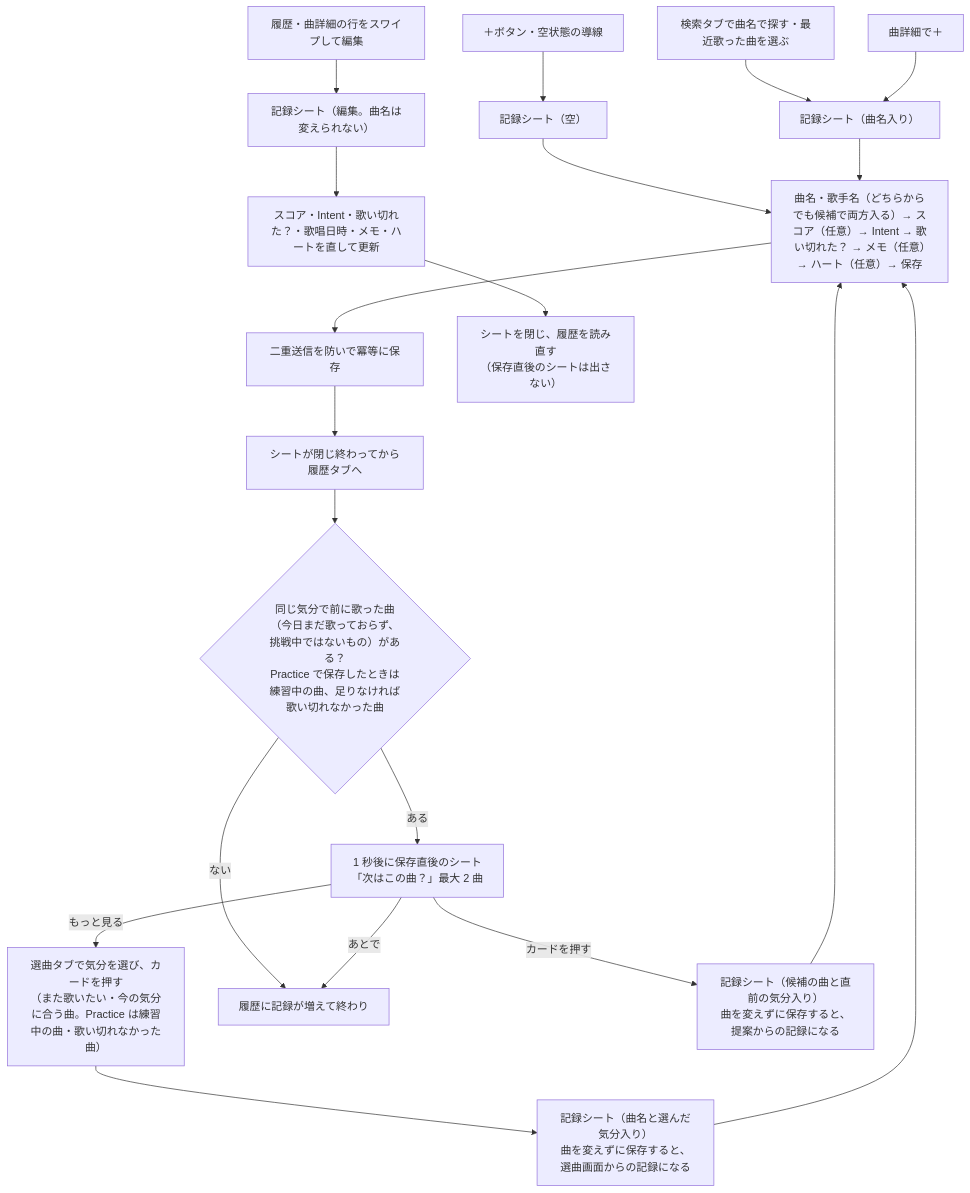
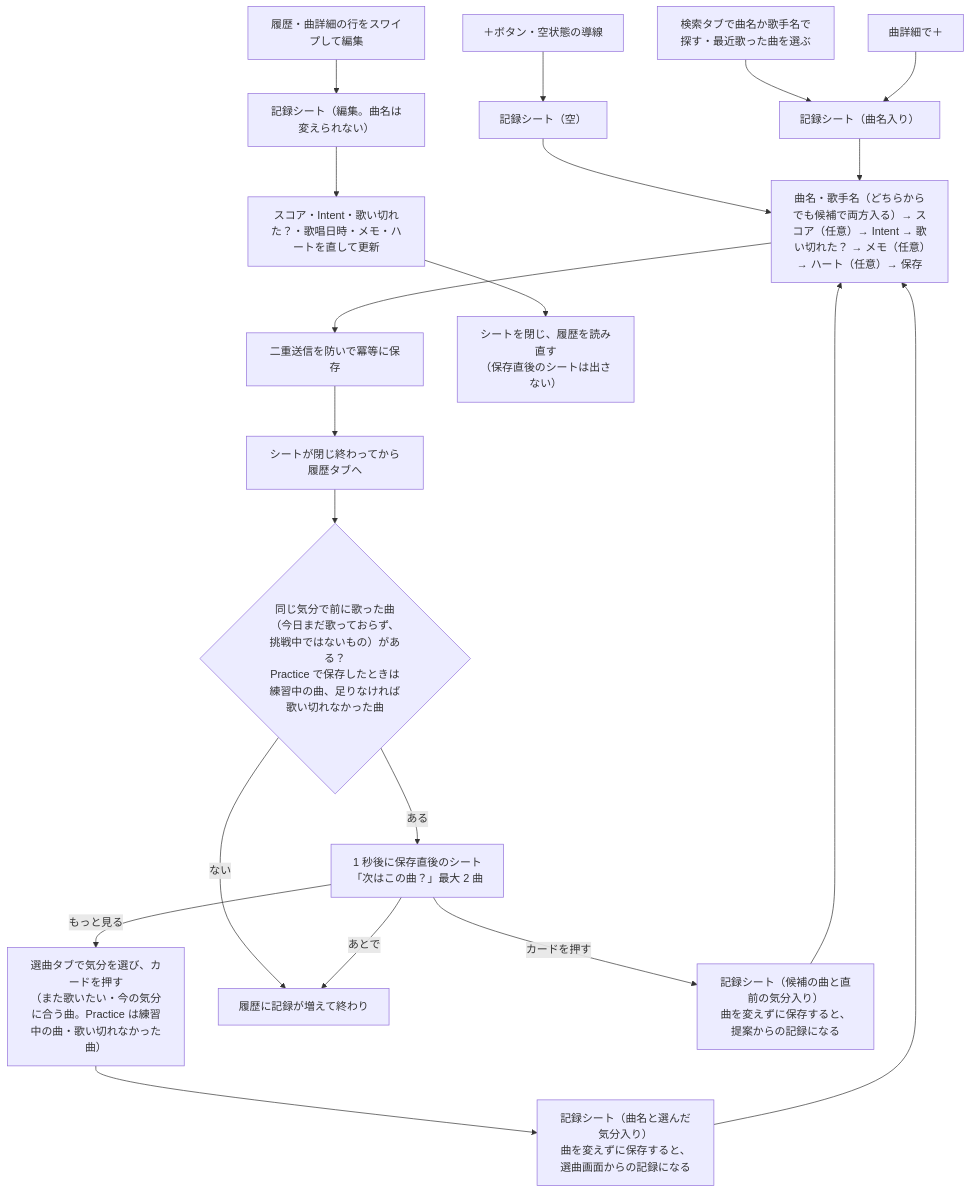
One commit to omomi-moti/Karaoke_support changed the fourth of 4 diagrams in docs/architecture.md. Above: the diagram before and after it, drawn with Mermaid. The commit also changed 5 other files, not shown here.

````diff
--- a/docs/architecture.md
+++ b/docs/architecture.md
@@ -224,24 +224,24 @@
 ```mermaid
 flowchart TD
     P["＋ボタン・空状態の導線"] --> S1["記録シート（空）"]
-    R["検索タブで曲名で探す・最近歌った曲を選ぶ"] --> S2["記録シート（曲名入り）"]
+    R["検索タブで曲名か歌手名で探す・最近歌った曲を選ぶ"] --> S2["記録シート（曲名入り）"]
     TD["曲詳細で＋"] --> S2
     SEL["選曲タブで気分を選び、カードを押す<br>（また歌いたい・今の気分に合う曲。Practice は練習中の曲・歌い切れなかった曲）"] --> S5["記録シート（曲名と選んだ気分入り）<br>曲を変えずに保存すると、選曲画面からの記録になる"]
     E["履歴・曲詳細の行をスワイプして編集"] --> S3["記録シート（編集。曲名は変えられない）"]
 
     S1 --> IN["曲名・歌手名（どちらからでも候補で両方入る）→ スコア（任意）→ Intent → 歌い切れた？ → メモ（任意）→ ハート（任意）→ 保存"]
     S2 --> IN
     IN --> SAVE["二重送信を防いで冪等に保存"]
     SAVE --> CLOSE["シートが閉じ終わってから履歴タブへ"]
     CLOSE --> Q{"同じ気分で前に歌った曲<br>（今日まだ歌っておらず、挑戦中ではないもの）がある？<br>Practice で保存したときは練習中の曲、足りなければ歌い切れなかった曲"}
     Q -->|ある| AS["1 秒後に保存直後のシート<br>「次はこの曲？」最大 2 曲"]
     Q -->|ない| END["履歴に記録が増えて終わり"]
     AS -->|カードを押す| S4["記録シート（候補の曲と直前の気分入り）<br>曲を変えずに保存すると、提案からの記録になる"]
     AS -->|あとで| END
     AS -->|もっと見る| SEL
     S4 --> IN
     S5 --> IN
 
     S3 --> UP["スコア・Intent・歌い切れた？・歌唱日時・メモ・ハートを直して更新"]
     UP --> CLOSE2["シートを閉じ、履歴を読み直す<br>（保存直後のシートは出さない）"]
 ```
````
